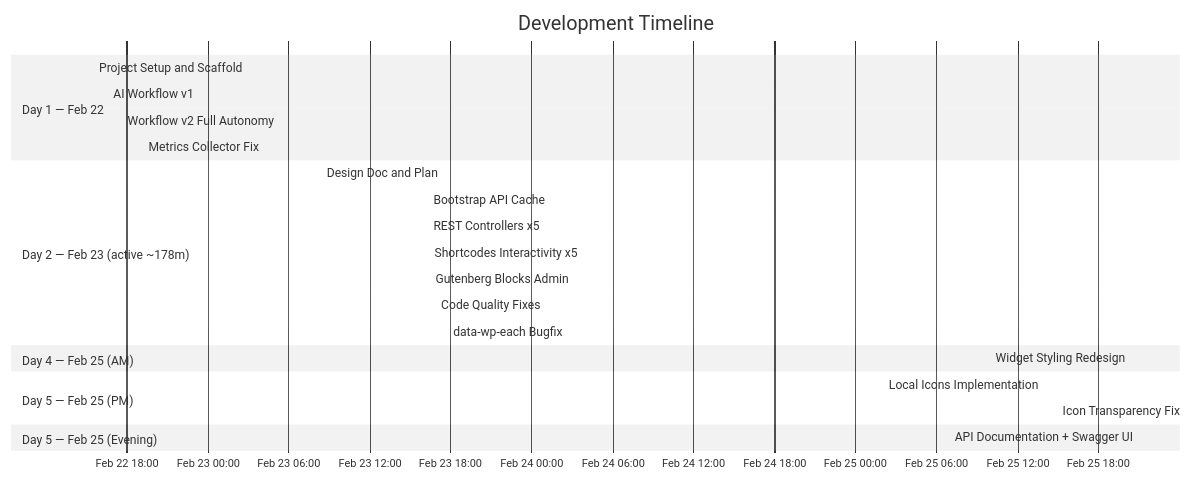
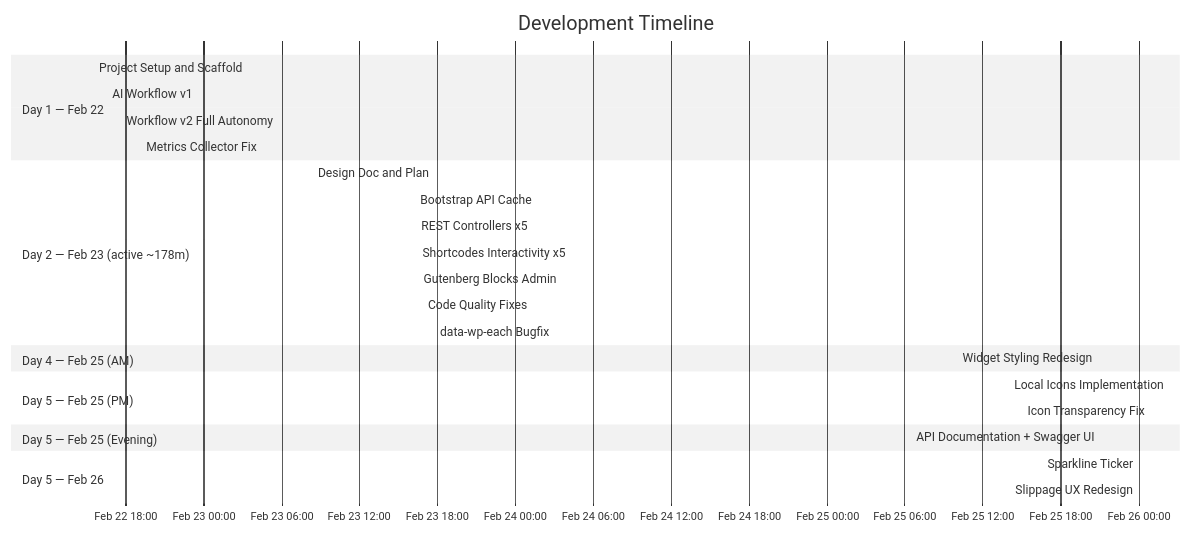
Before and after one commit to atlantdak/claude-code-hackathon-xbo-market-kit: the third of 7 diagrams in README.md, drawn with Mermaid (neutral theme). The commit also changed other lines of this file and 3 other files, not shown here.

````diff
--- a/README.md
+++ b/README.md
@@ -82,26 +84,29 @@
 ```mermaid
 gantt
     title Development Timeline
     dateFormat YYYY-MM-DD HH:mm
     axisFormat %b %d %H:%M
     section Day 1 — Feb 22
     Project Setup and Scaffold   :done, setup, 2026-02-22 15:33, 62min
     AI Workflow v1               :done, wf1, 2026-02-22 16:35, 66min
     Workflow v2 Full Autonomy    :done, wf2, 2026-02-22 17:41, 90min
     Metrics Collector Fix        :done, fix, 2026-02-22 19:11, 18min
     section Day 2 — Feb 23 (active ~178m)
     Design Doc and Plan          :done, plan, 2026-02-23 08:26, 128min
     Bootstrap API Cache          :done, core, 2026-02-23 16:18, 5min
     REST Controllers x5          :done, rest, 2026-02-23 16:22, 4min
     Shortcodes Interactivity x5  :done, sc, 2026-02-23 16:26, 5min
     Gutenberg Blocks Admin       :done, blk, 2026-02-23 16:31, 23min
     Code Quality Fixes           :done, qa, 2026-02-23 16:54, 52min
     data-wp-each Bugfix          :done, bugfix, 2026-02-23 17:46, 1min
     section Day 4 — Feb 25 (AM)
     Widget Styling Redesign    :done, style, 2026-02-25 10:00, 34min
     section Day 5 — Feb 25 (PM)
     Local Icons Implementation :done, icons, 2026-02-25 14:00, 53min
     Icon Transparency Fix      :done, iconfix, 2026-02-25 15:00, 5min
     section Day 5 — Feb 25 (Evening)
     API Documentation + Swagger UI :done, apidocs, 2026-02-25 21:00, 70min
+    section Day 5 — Feb 26
+    Sparkline Ticker              :done, sparkline, 2026-02-26 00:00, 60min
+    Slippage UX Redesign          :done, slippage, 2026-02-26 00:00, 60min
 ```
````
